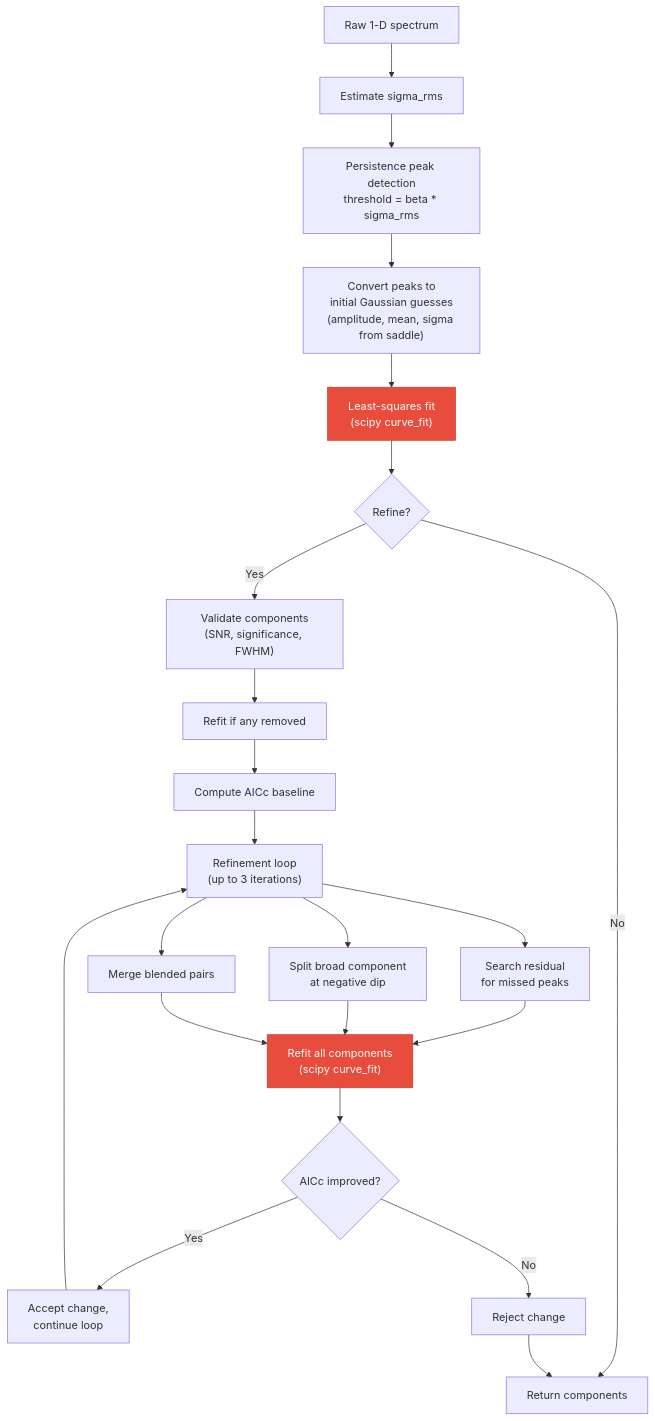
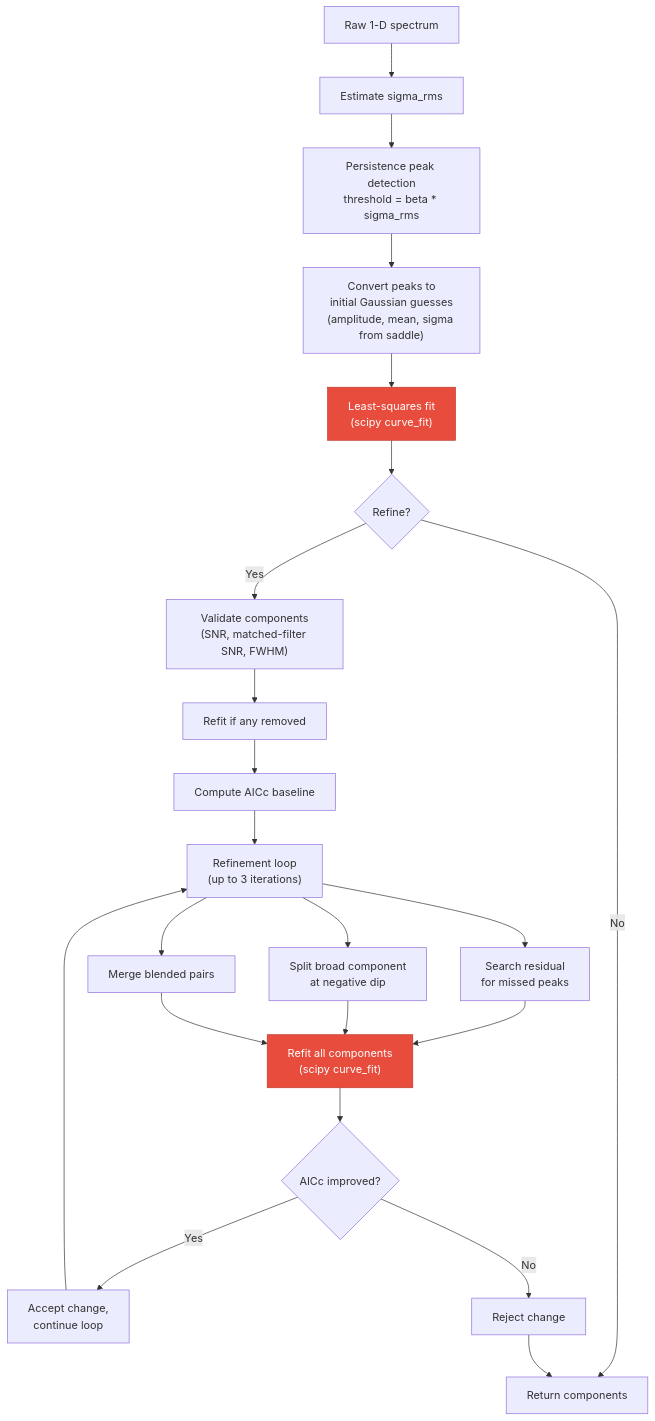
One commit to caverac/phspectra changed the diagram in packages/docs/docs/idea-and-plan/persistent-homology-primer.md. Above: the diagram before and after it, drawn with Mermaid. The commit also changed other lines of this file and 25 other files, not shown here.

````diff
--- a/packages/docs/docs/idea-and-plan/persistent-homology-primer.md
+++ b/packages/docs/docs/idea-and-plan/persistent-homology-primer.md
@@ -122,25 +122,25 @@
 ```mermaid
 flowchart TD
     A["Raw 1-D spectrum"] --> B["Estimate sigma_rms"]
     B --> C["Persistence peak detection<br/>threshold = beta * sigma_rms"]
     C --> D["Convert peaks to<br/>initial Gaussian guesses<br/>(amplitude, mean, sigma from saddle)"]
     D --> E["Least-squares fit<br/>(scipy curve_fit)"]
     E --> F{"Refine?"}
     F -- No --> G["Return components"]
-    F -- Yes --> H["Validate components<br/>(SNR, significance, FWHM)"]
+    F -- Yes --> H["Validate components<br/>(SNR, matched-filter SNR, FWHM)"]
     H --> I["Refit if any removed"]
     I --> J["Compute AICc baseline"]
     J --> K["Refinement loop<br/>(up to 3 iterations)"]
     K --> L["Search residual<br/>for missed peaks"]
     K --> M["Split broad component<br/>at negative dip"]
     K --> N["Merge blended pairs"]
     L & M & N --> R["Refit all components<br/>(scipy curve_fit)"]
     R --> Q{"AICc improved?"}
     Q -- Yes --> O["Accept change,<br/>continue loop"]
     Q -- No --> P["Reject change"]
     O --> K
     P --> G
 
     style E fill:#e74c3c,color:#fff,stroke:#c0392b
     style R fill:#e74c3c,color:#fff,stroke:#c0392b
 ```
````
